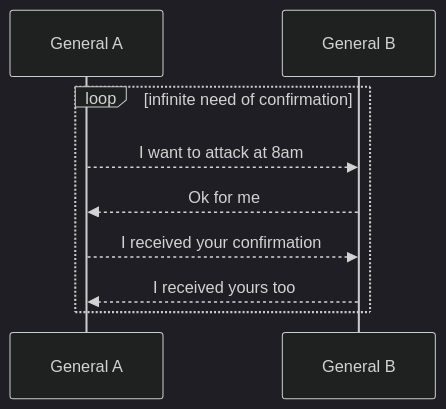
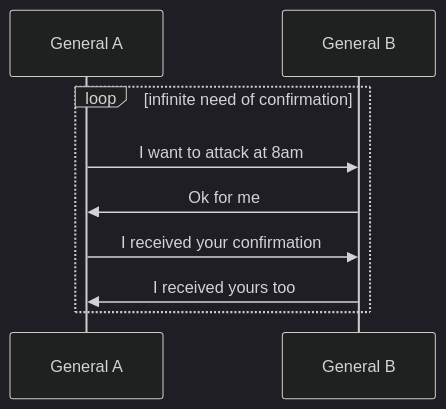
One commit to stoitec/digital-garden changed the first of 2 diagrams in content/all about distributed system/two generals problem.md. Above: the diagram before and after it, drawn with Mermaid (dark theme). The commit also changed other lines of this file and 2 other files, not shown here.

````diff
--- a/content/all about distributed system/two generals problem.md
+++ b/content/all about distributed system/two generals problem.md
@@ -19,9 +19,9 @@
 ```mermaid
 sequenceDiagram
 loop infinite need of confirmation
-    General A -->> General B: I want to attack at 8am
-    General B -->> General A: Ok for me
-	General A -->> General B: I received your confirmation
-    General B -->> General A: I received yours too
+    General A ->> General B: I want to attack at 8am
+    General B ->> General A: Ok for me
+	General A ->> General B: I received your confirmation
+    General B ->> General A: I received yours too
   end
 ```
````
